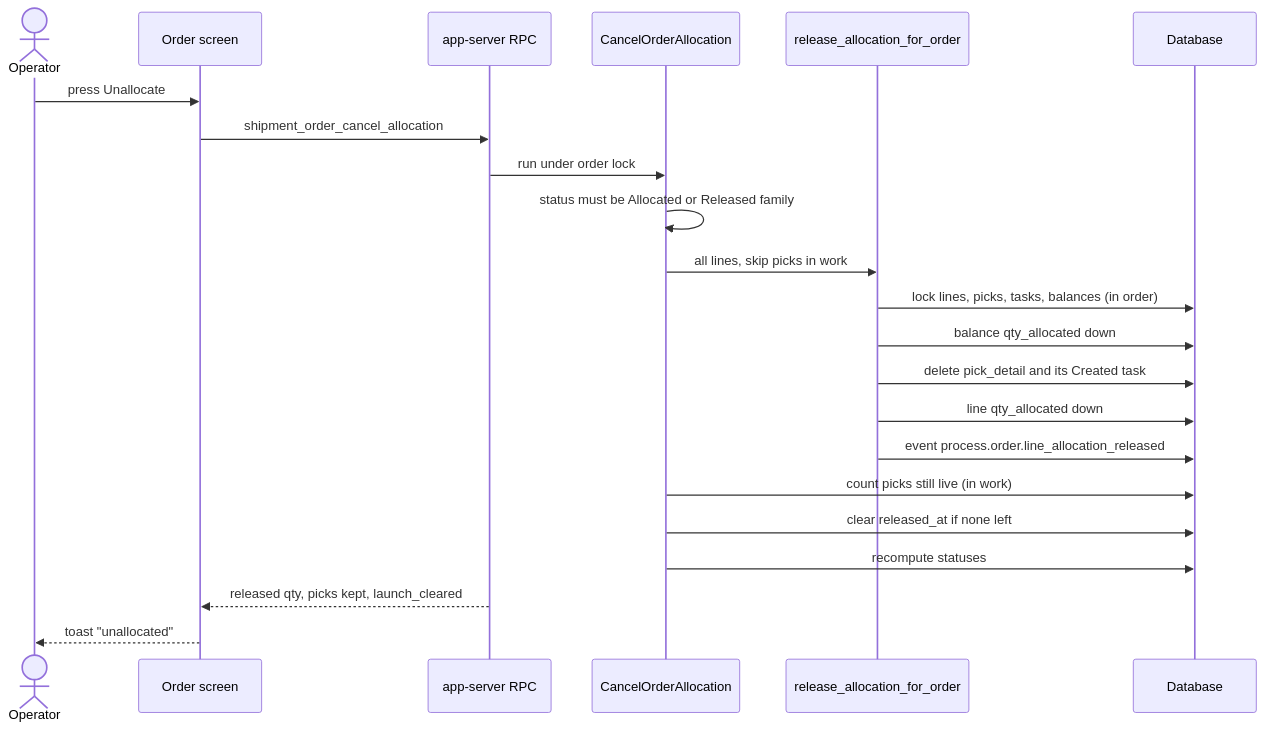
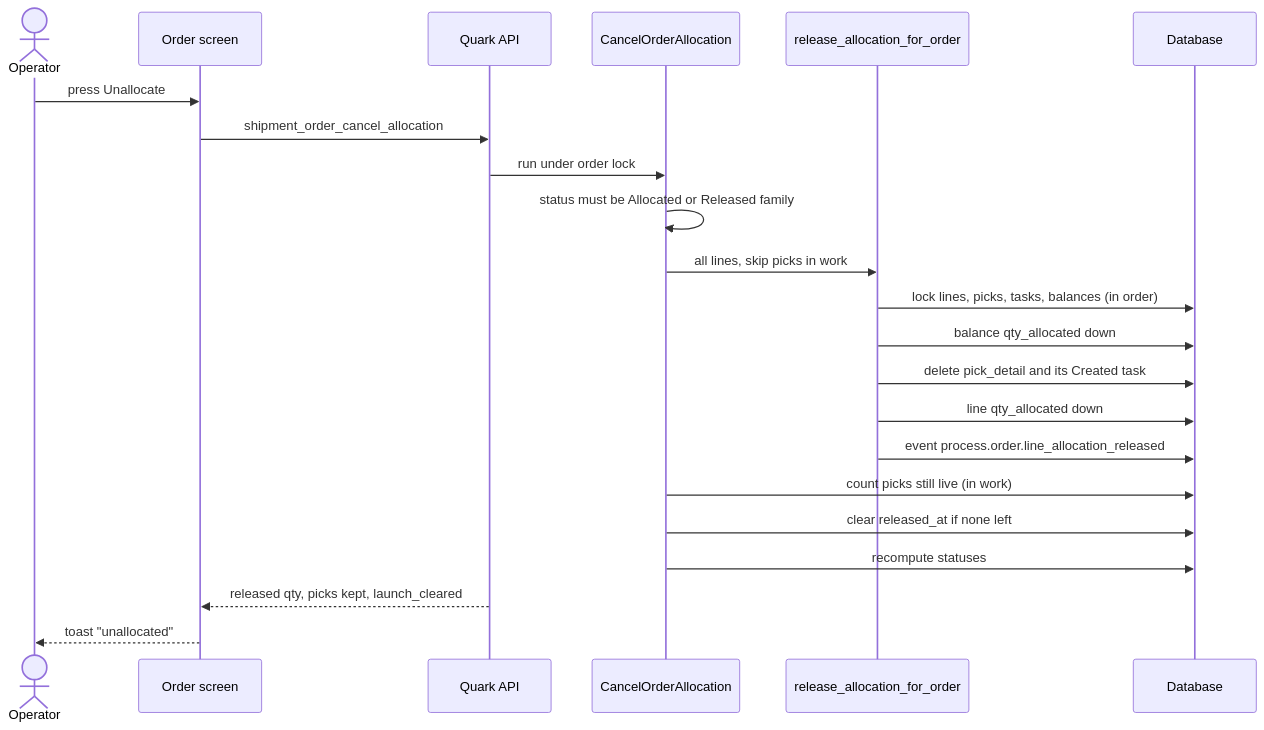
Before and after one commit to msmurygin/quark-docs: the first of 2 diagrams in docs-obsidian/user-guide/diagrams/allocation/13-journey-unallocate-cancel.md, drawn with Mermaid. The commit also changed 13 other files, not shown here.

````diff
--- a/docs-obsidian/user-guide/diagrams/allocation/13-journey-unallocate-cancel.md
+++ b/docs-obsidian/user-guide/diagrams/allocation/13-journey-unallocate-cancel.md
@@ -17,25 +17,25 @@
 ```mermaid
 sequenceDiagram
     actor Op as Operator
     participant UI as Order screen
-    participant API as app-server RPC
+    participant API as Quark API
     participant CMD as CancelOrderAllocation
     participant REL as release_allocation_for_order
     participant DB as Database
 
     Op->>UI: press Unallocate
     UI->>API: shipment_order_cancel_allocation
     API->>CMD: run under order lock
     CMD->>CMD: status must be Allocated or Released family
     CMD->>REL: all lines, skip picks in work
     REL->>DB: lock lines, picks, tasks, balances (in order)
     REL->>DB: balance qty_allocated down
     REL->>DB: delete pick_detail and its Created task
     REL->>DB: line qty_allocated down
     REL->>DB: event process.order.line_allocation_released
     CMD->>DB: count picks still live (in work)
     CMD->>DB: clear released_at if none left
     CMD->>DB: recompute statuses
     API-->>UI: released qty, picks kept, launch_cleared
     UI-->>Op: toast "unallocated"
 ```
````
